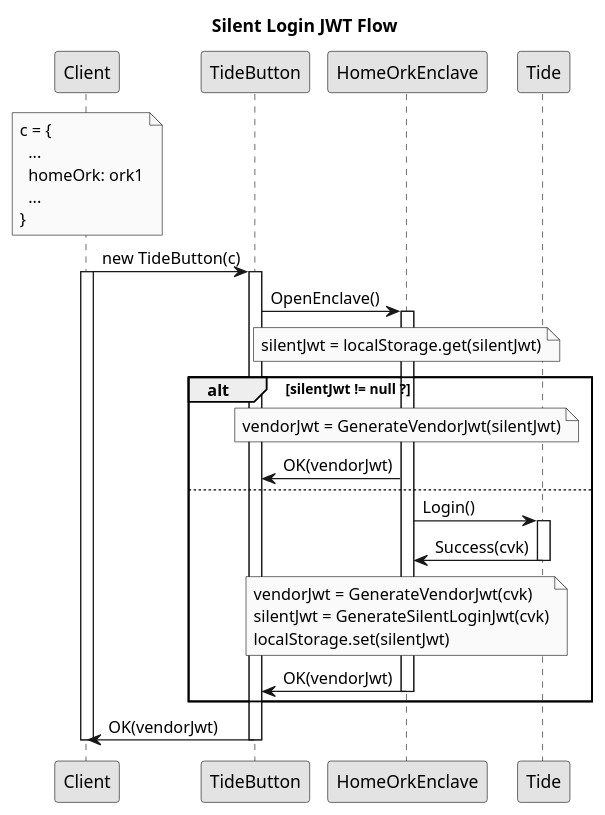
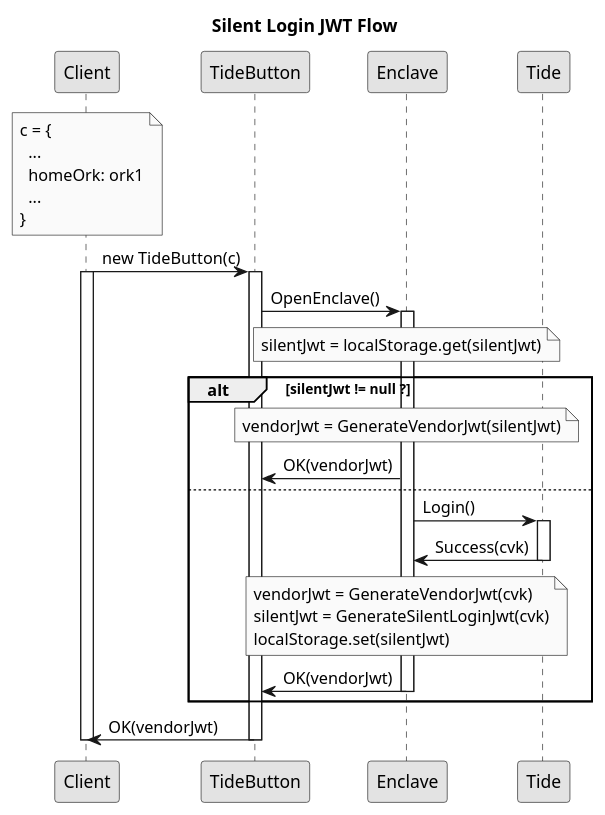
Before and after one commit to tide-foundation/Tide-Protocol: the diagram in diagrams/src/silentLoginJwtFlow.wsd, drawn with PlantUML.

```diff
--- a/diagrams/src/silentLoginJwtFlow.wsd
+++ b/diagrams/src/silentLoginJwtFlow.wsd
@@ -1,46 +1,46 @@
 @startuml silentLoginJwtFlow
 skinparam monochrome true
 
 title Silent Login JWT Flow
 
 note over Client
 c = {
   ...
   homeOrk: ork1
   ...
 }
 end note
 
 
 Client -> TideButton: new TideButton(c)
 activate Client
 activate TideButton
-TideButton -> HomeOrkEnclave: OpenEnclave()
-activate HomeOrkEnclave
+TideButton -> Enclave: OpenEnclave()
+activate Enclave
 
-note over HomeOrkEnclave
+note over Enclave
 silentJwt = localStorage.get(silentJwt)
 end note
 alt silentJwt != null ?
-note over HomeOrkEnclave
+note over Enclave
 vendorJwt = GenerateVendorJwt(silentJwt)
 end note
-  HomeOrkEnclave->TideButton:OK(vendorJwt)
+  Enclave->TideButton:OK(vendorJwt)
     else
-  HomeOrkEnclave -> Tide: Login()
+  Enclave -> Tide: Login()
   activate Tide
-Tide -> HomeOrkEnclave: Success(cvk)
+Tide -> Enclave: Success(cvk)
 deactivate Tide
-note over HomeOrkEnclave
+note over Enclave
 vendorJwt = GenerateVendorJwt(cvk)
 silentJwt = GenerateSilentLoginJwt(cvk)
 localStorage.set(silentJwt)
 end note
-  HomeOrkEnclave->TideButton:OK(vendorJwt)
-  deactivate HomeOrkEnclave
+  Enclave->TideButton:OK(vendorJwt)
+  deactivate Enclave
 end
 
 TideButton -> Client:OK(vendorJwt)
 deactivate TideButton
 deactivate Client
 @enduml
```
